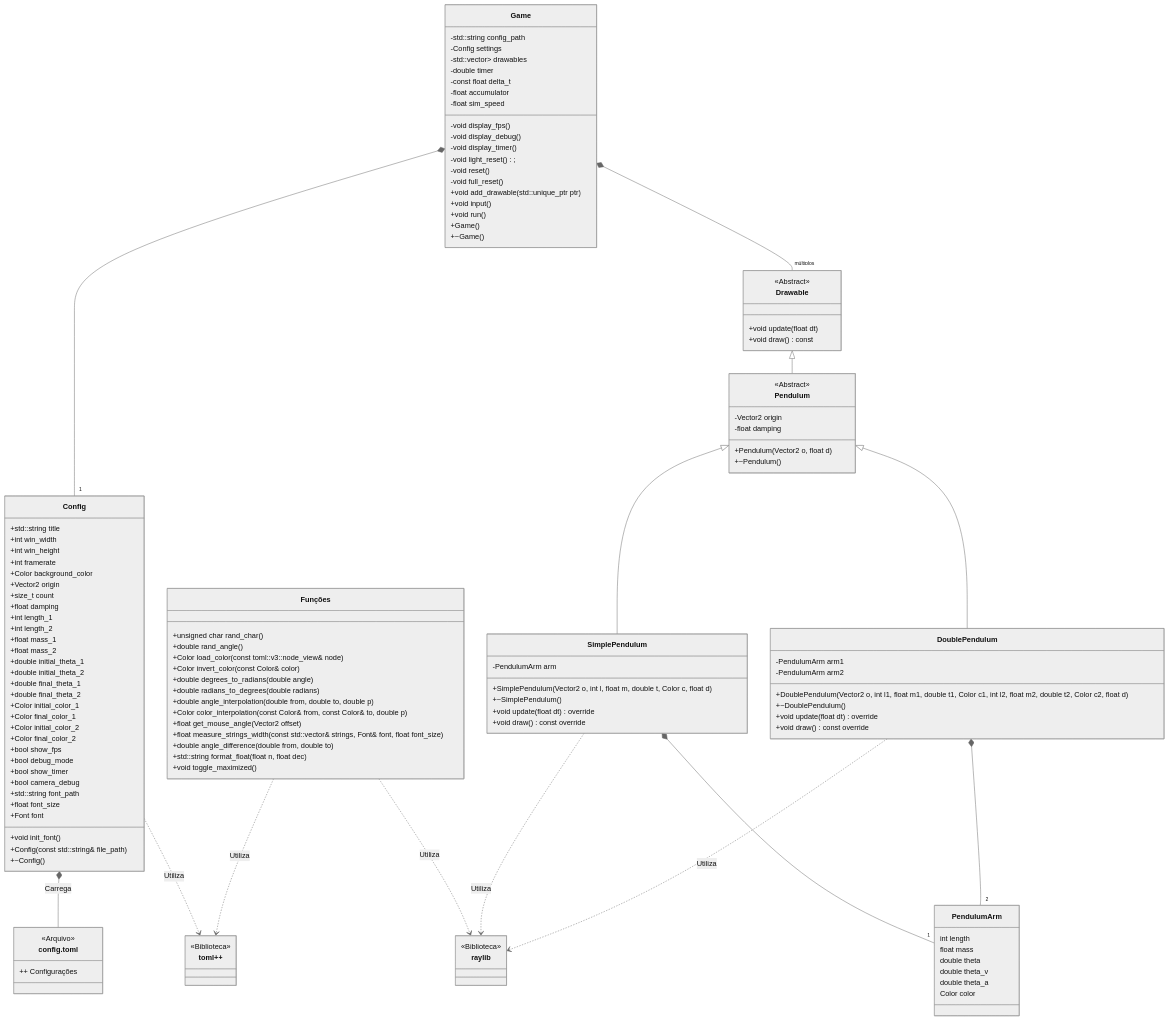
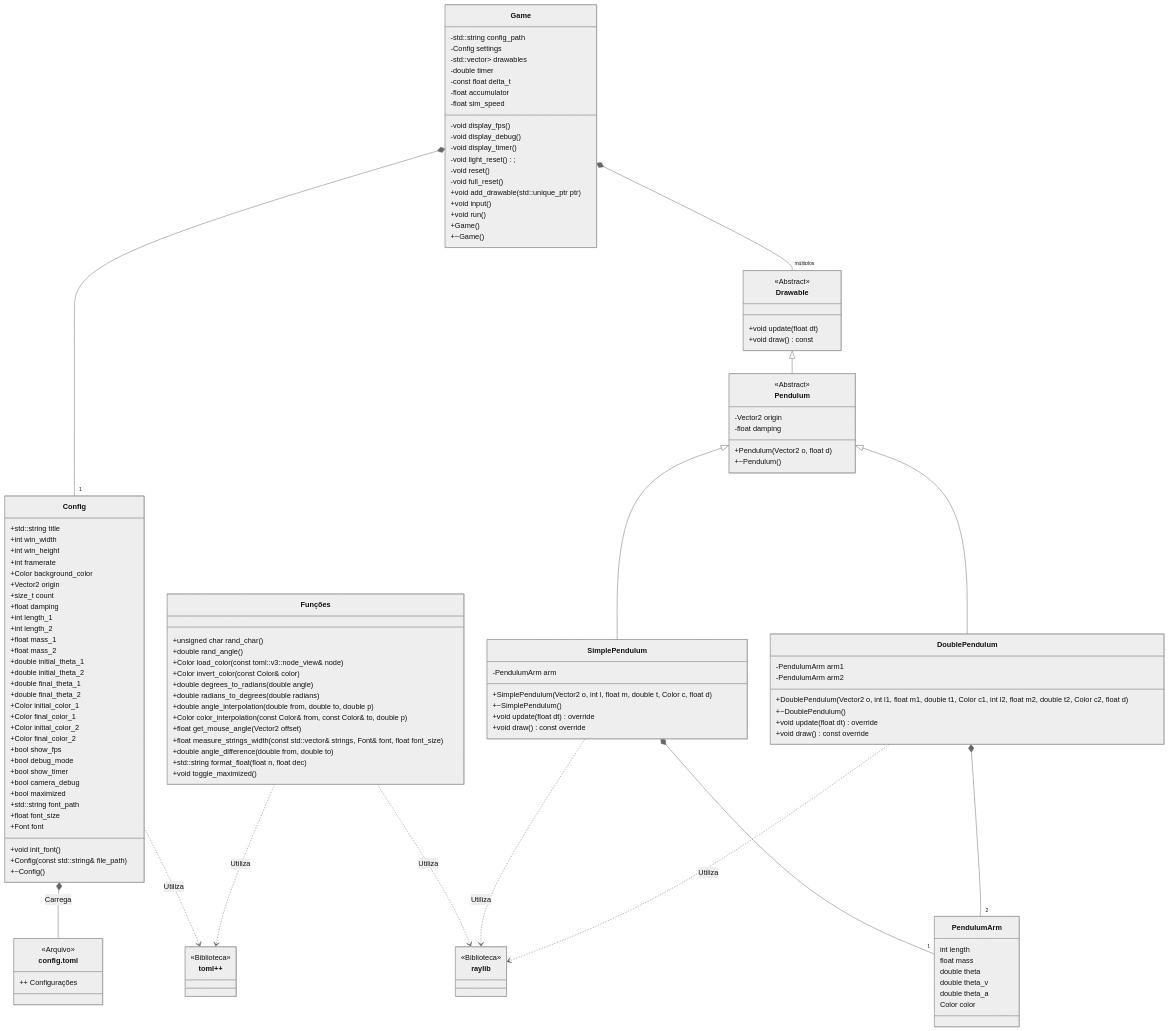
The diagram in readme.md (SamVeras/ChaoticDPends), drawn with Mermaid before and after one commit. The commit also changed other lines of this file and 3 other files, not shown here.

```diff
--- a/readme.md
+++ b/readme.md
@@ -199,6 +199,7 @@
       +bool debug_mode
       +bool show_timer
       +bool camera_debug
+      +bool maximized
       +std::string font_path
       +float font_size
       +Font font
```
